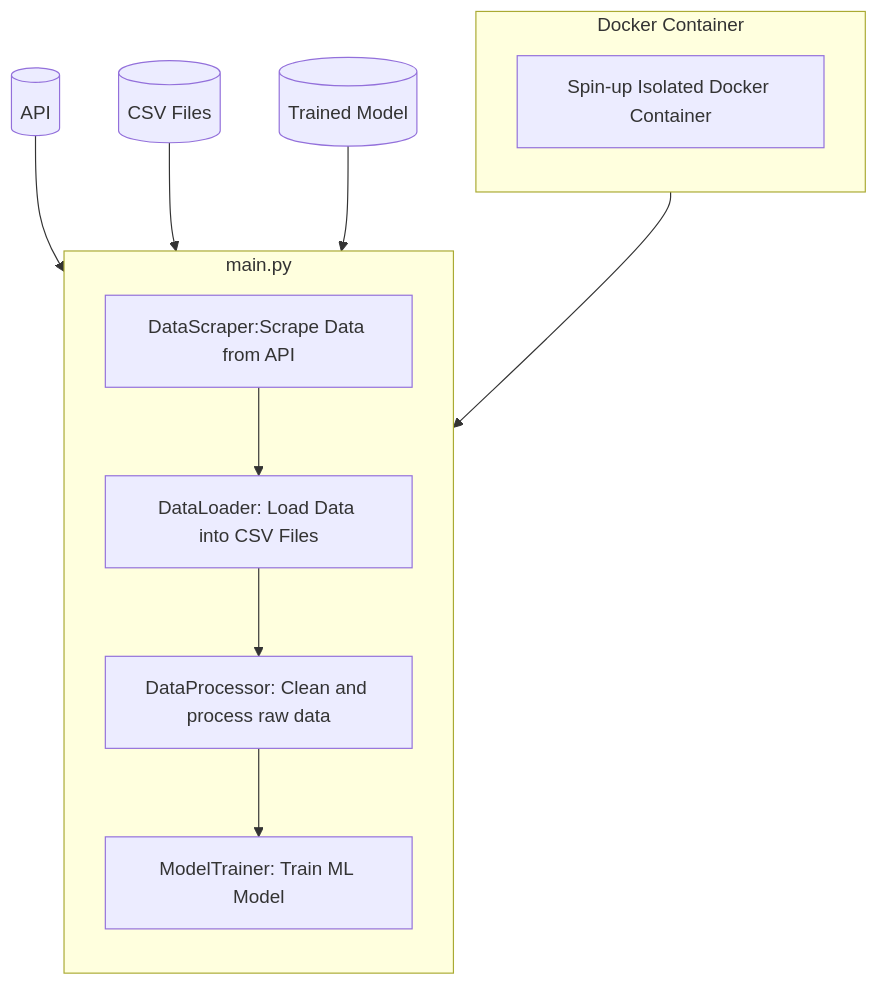
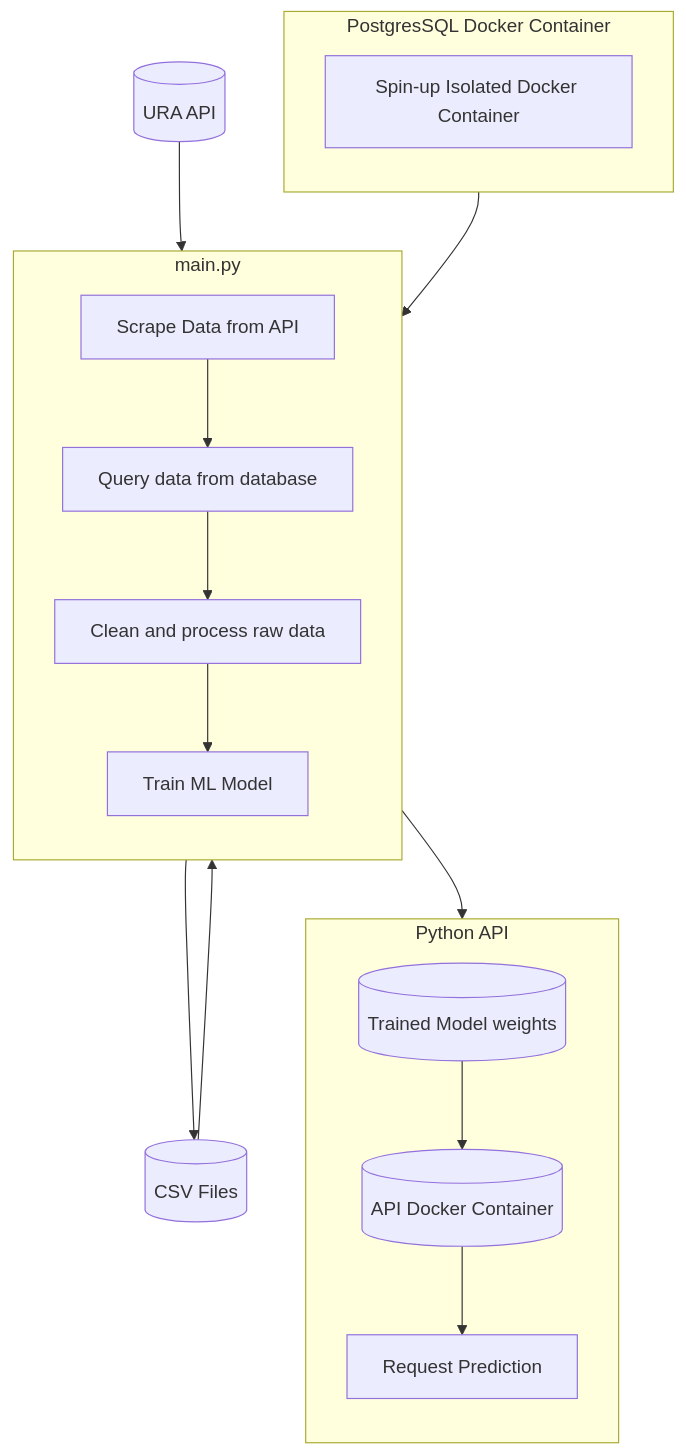
One commit to Lzwk16/URA_ML_pipeline changed the diagram in README.MD. Above: the diagram before and after it, drawn with Mermaid. The commit also changed other lines of this file, not shown here.

Commit message:
add python API prediction into pipeline flow

````diff
--- a/README.MD
+++ b/README.MD
@@ -58,19 +58,26 @@
 ```mermaid
 flowchart TD
-   subgraph Docker Container
+   subgraph PostgresSQL Docker Container
    direction TB
       A[Spin-up Isolated Docker Container] 
    end
 
    subgraph main.py
       direction TB
-      A --> B[DataScraper:Scrape Data from API]
-      B --> C[DataLoader: Load Data into CSV Files]
-      C --> D[DataProcessor: Clean and process raw data]
-      D --> E[ModelTrainer: Train ML Model]
+      A --> B[Scrape Data from API]
+      B --> C[Query data from database]
+      C --> D[Clean and process raw data]
+      D --> E[Train ML Model]
    end
    
-   F[(API)] --> B
+   C --> G[(CSV Files)]
+   F[(URA API)] --> B
    G[(CSV Files)] --> D
-   H[(Trained Model)] --> E
+   E --> H[(Trained Model weights)]
+
+   subgraph Python API
+   direction TB
+      H[(Trained Model weights)] --> I[(API Docker Container)]
+      I[(API Docker Container)] --> J[Request Prediction]
+   end
 ```
````
